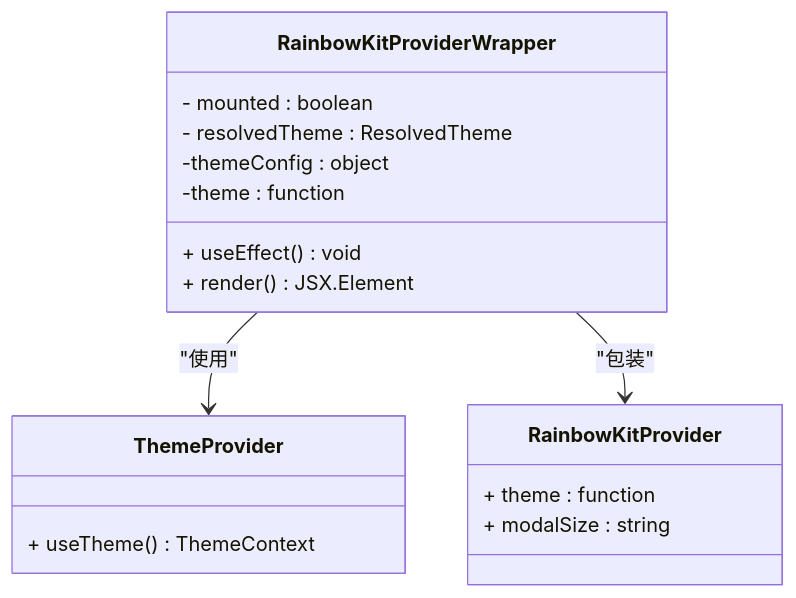
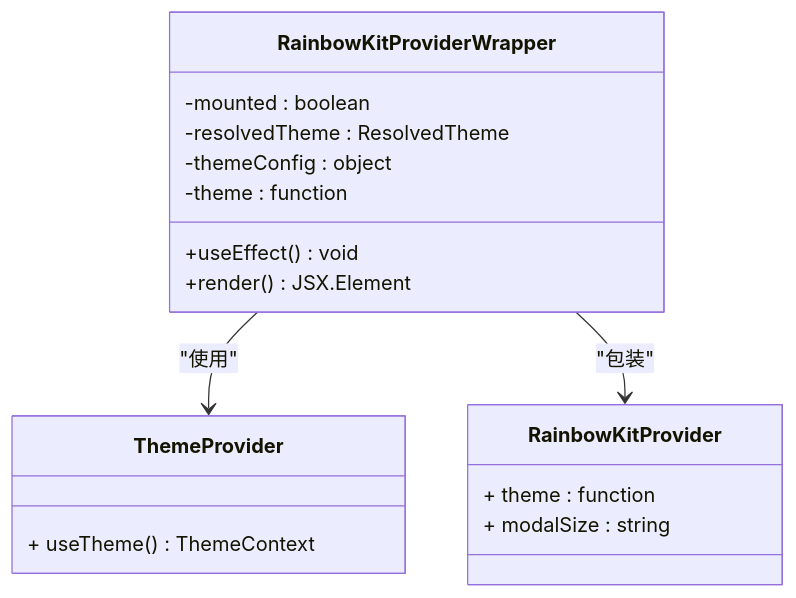
One commit to CryptoLinxu/Web3-AI-Agent changed diagram 18 of 23 in .qoder/repowiki/zh/content/项目概述/整体架构概览/Web应用程序/主题系统实现.md. Above: the diagram before and after it, drawn with Mermaid. The commit also changed other lines of this file and 8 other files, not shown here.

````diff
--- a/.qoder/repowiki/zh/content/项目概述/整体架构概览/Web应用程序/主题系统实现.md
+++ b/.qoder/repowiki/zh/content/项目概述/整体架构概览/Web应用程序/主题系统实现.md
@@ -754,20 +773,20 @@
 ```mermaid
 classDiagram
 class RainbowKitProviderWrapper {
-- mounted : boolean
-- resolvedTheme : ResolvedTheme
-+ useEffect() void
-+ render() JSX.Element
+-mounted : boolean
+-resolvedTheme : ResolvedTheme
++useEffect() void
++render() JSX.Element
 -themeConfig : object
 -theme : function
 }
 class ThemeProvider {
 + useTheme() ThemeContext
 }
 class RainbowKitProvider {
 + theme : function
 + modalSize : string
 }
 RainbowKitProviderWrapper --> ThemeProvider : "使用"
 RainbowKitProviderWrapper --> RainbowKitProvider : "包装"
 ```
````
